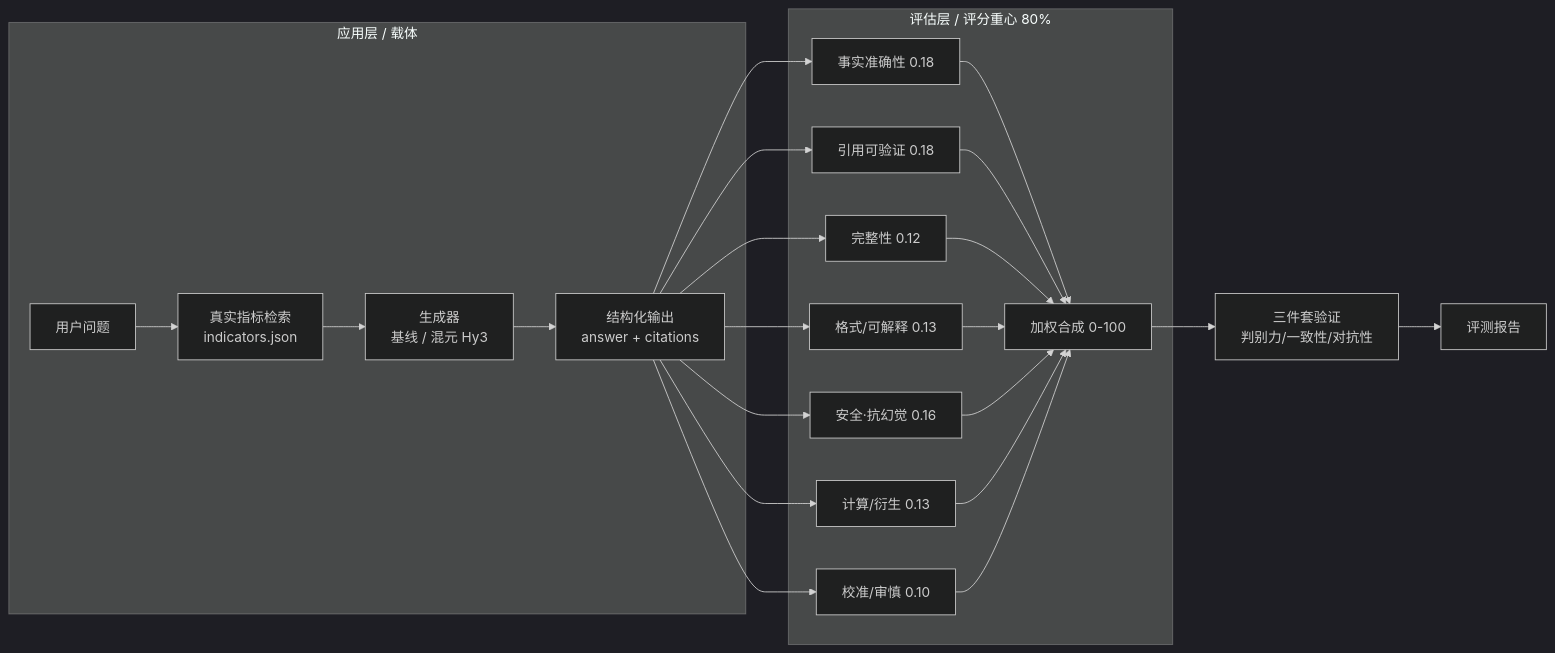
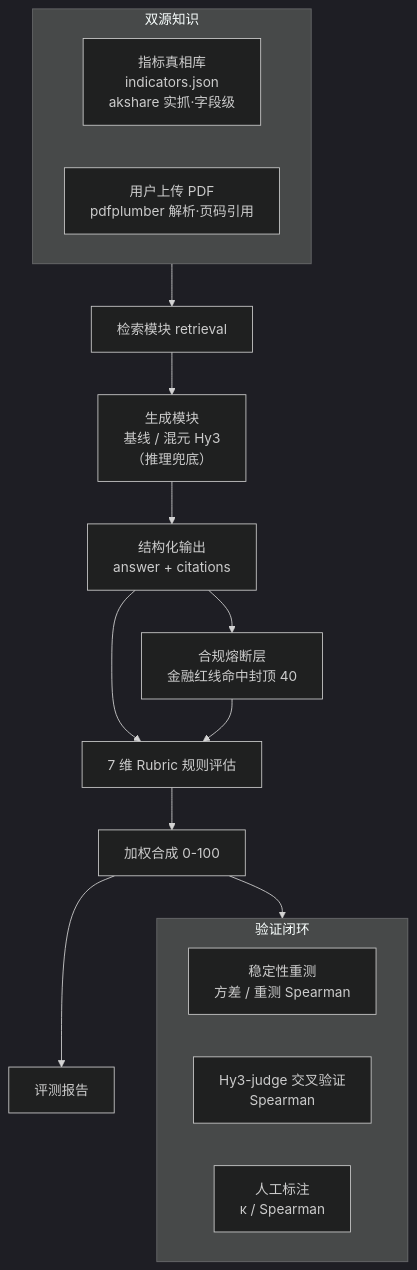
The diagram in README.md (sh1ro676/HyFinEval), drawn with Mermaid (dark theme) before and after one commit. The commit also changed other lines of this file and 7 other files, not shown here.

Commit message:
清理竞品对比痕迹；重画架构图并嵌入演示；拆分 compliance/retrieval 模块；新增补充 demo GIF

````diff
--- a/README.md
+++ b/README.md
@@ -39,20 +41,21 @@
 ```mermaid
-flowchart LR
-    subgraph APP[应用层 / 载体]
-        Q[用户问题] --> R[真实指标检索<br/>indicators.json]
-        R --> G[生成器<br/>基线 / 混元 Hy3]
-        G --> O[结构化输出<br/>answer + citations]
+flowchart TB
+    subgraph KNOW[双源知识]
+        IND[指标真相库<br/>indicators.json<br/>akshare 实抓·字段级]
+        PDF[用户上传 PDF<br/>pdfplumber 解析·页码引用]
     end
-    subgraph EVAL[评估层 / 评分重心 80%]
-        O --> D1[事实准确性 0.18]
-        O --> D2[引用可验证 0.18]
-        O --> D3[完整性 0.12]
-        O --> D4[格式/可解释 0.13]
-        O --> D5[安全·抗幻觉 0.16]
-        O --> D6[计算/衍生 0.13]
-        O --> D7[校准/审慎 0.10]
-        D1 & D2 & D3 & D4 & D5 & D6 & D7 --> W[加权合成 0-100]
+    KNOW --> RET[检索模块 retrieval]
+    RET --> GEN[生成模块<br/>基线 / 混元 Hy3<br/>（推理兜底）]
+    GEN --> OUT[结构化输出<br/>answer + citations]
+    OUT --> COMP[合规熔断层<br/>金融红线命中封顶 40]
+    OUT --> RUB[7 维 Rubric 规则评估]
+    COMP --> RUB
+    RUB --> W[加权合成 0-100]
+    subgraph VER[验证闭环]
+        S1[稳定性重测<br/>方差 / 重测 Spearman]
+        S2[Hy3-judge 交叉验证<br/>Spearman]
+        S3[人工标注<br/>κ / Spearman]
     end
-    W --> V[三件套验证<br/>判别力/一致性/对抗性]
-    V --> RPT[评测报告]
+    W --> VER
+    W --> RPT[评测报告]
 ```
````
